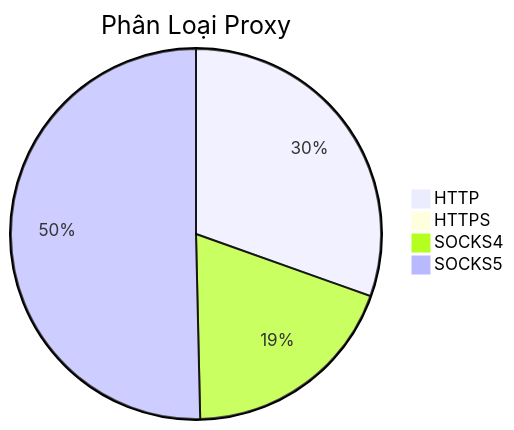
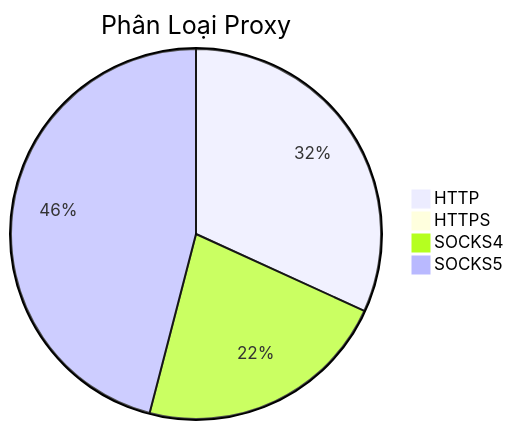
One commit to Ciara-Aa/PROXY-free changed the diagram in README.md. Above: the diagram before and after it, drawn with Mermaid. The commit also changed other lines of this file and 4 other files, not shown here.

````diff
--- a/README.md
+++ b/README.md
@@ -26,7 +26,7 @@
 ```mermaid
 pie title Phân Loại Proxy
-    "HTTP" : 547
-    "HTTPS" : 4
-    "SOCKS4" : 345
-    "SOCKS5" : 905
+    "HTTP" : 414
+    "HTTPS" : 6
+    "SOCKS4" : 289
+    "SOCKS5" : 598
 ```
````
